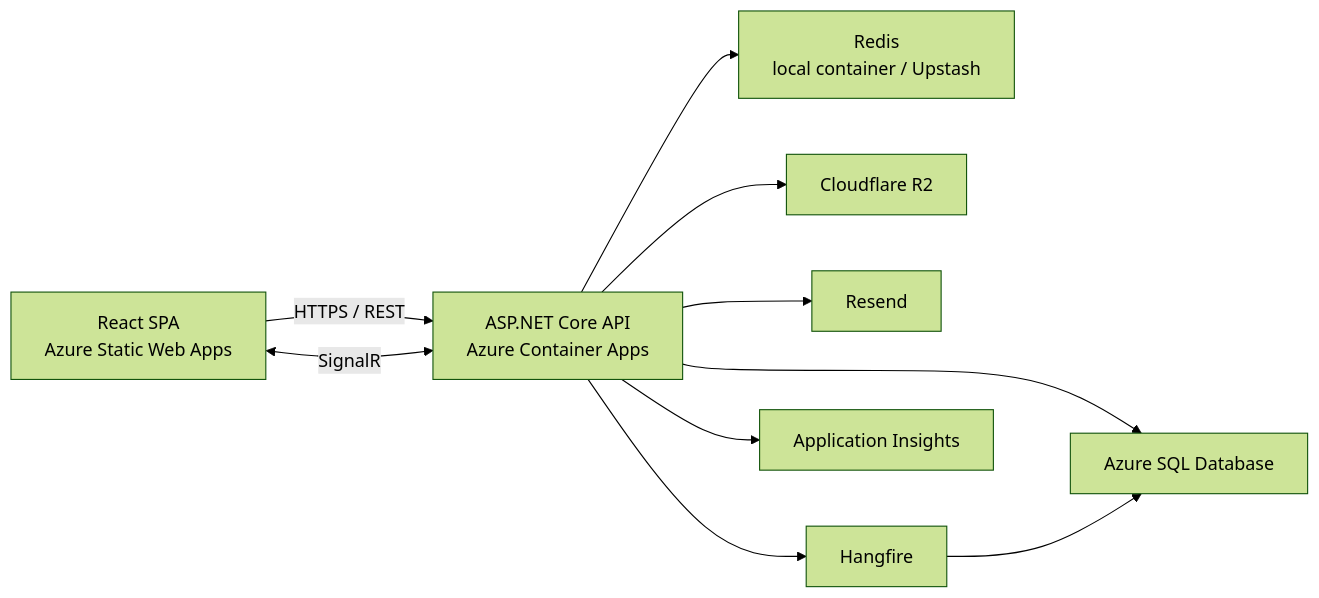
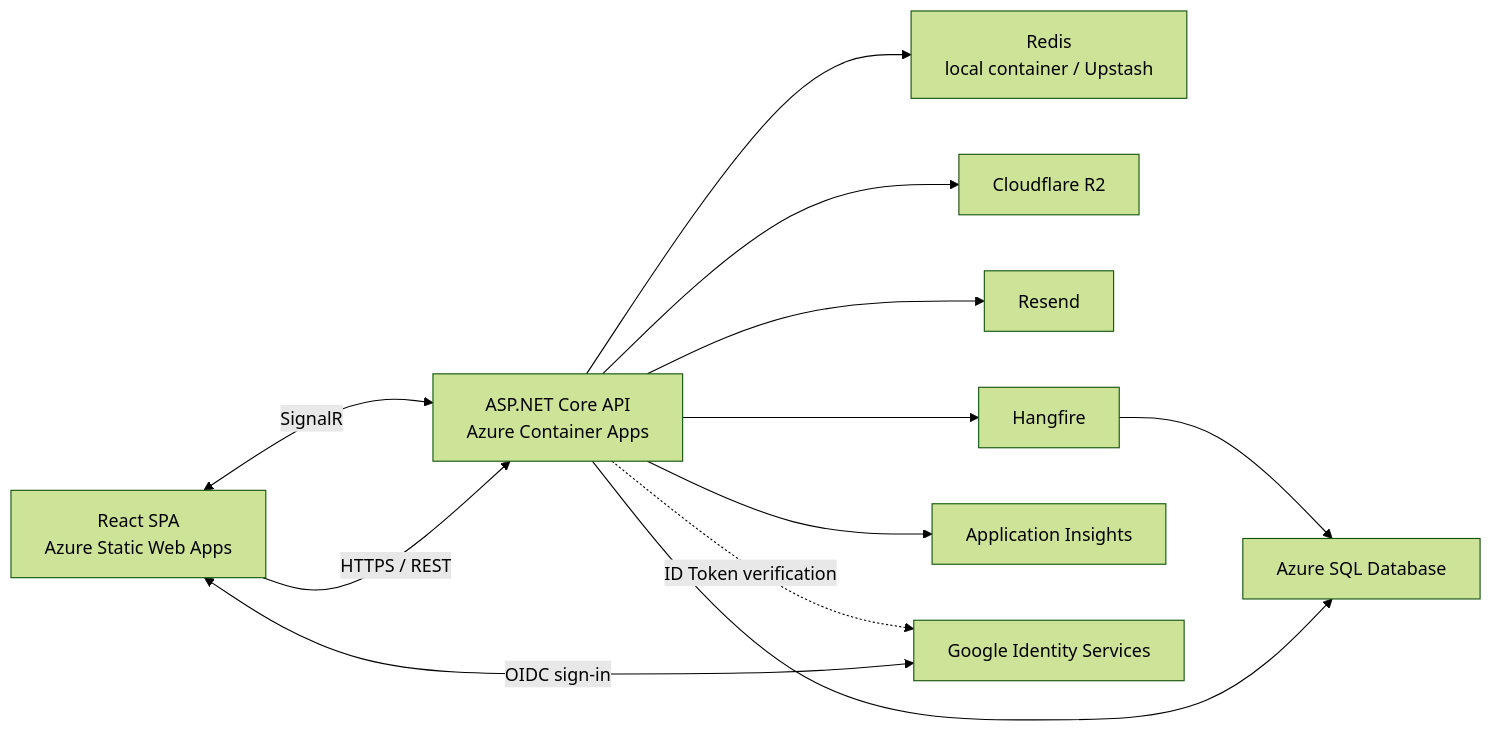
Before and after one commit to Robert-J-WANG/UUcars: the diagram in README.md, drawn with Mermaid (forest theme). The commit also changed other lines of this file, not shown here.

Commit message:
docs: update README for Step 72 Google OIDC login

````diff
--- a/README.md
+++ b/README.md
@@ -72,21 +74,24 @@
 ```mermaid
 flowchart LR
     Browser["React SPA<br/>Azure Static Web Apps"]
     API["ASP.NET Core API<br/>Azure Container Apps"]
     SQL["Azure SQL Database"]
     Redis["Redis<br/>local container / Upstash"]
     R2["Cloudflare R2"]
     Email["Resend"]
     Jobs["Hangfire"]
     Insights["Application Insights"]
+    Google["Google Identity Services"]
 
     Browser -->|"HTTPS / REST"| API
     Browser <-->|"SignalR"| API
+    Browser <-->|"OIDC sign-in"| Google
+    API -.->|"ID Token verification"| Google
     API --> SQL
     API --> Redis
     API --> R2
     API --> Email
     API --> Jobs
     Jobs --> SQL
     API --> Insights
 ```
````
